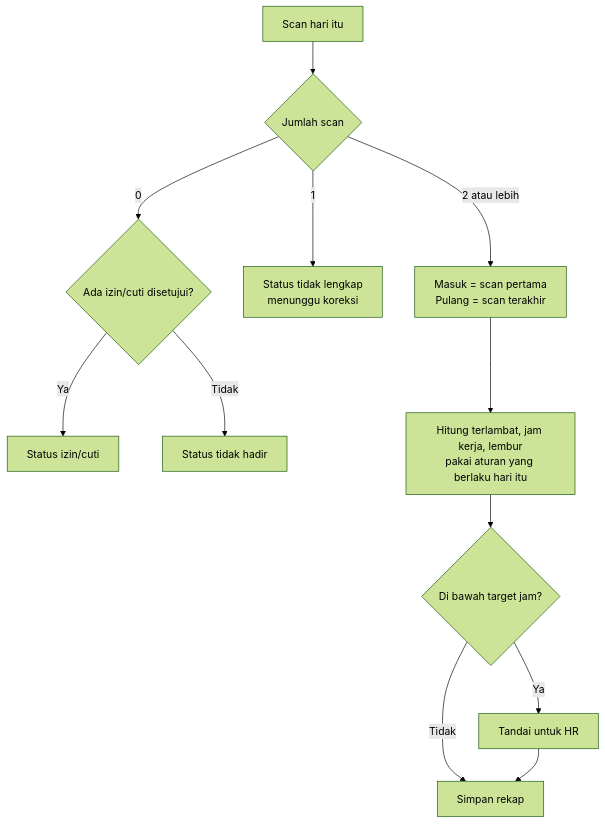
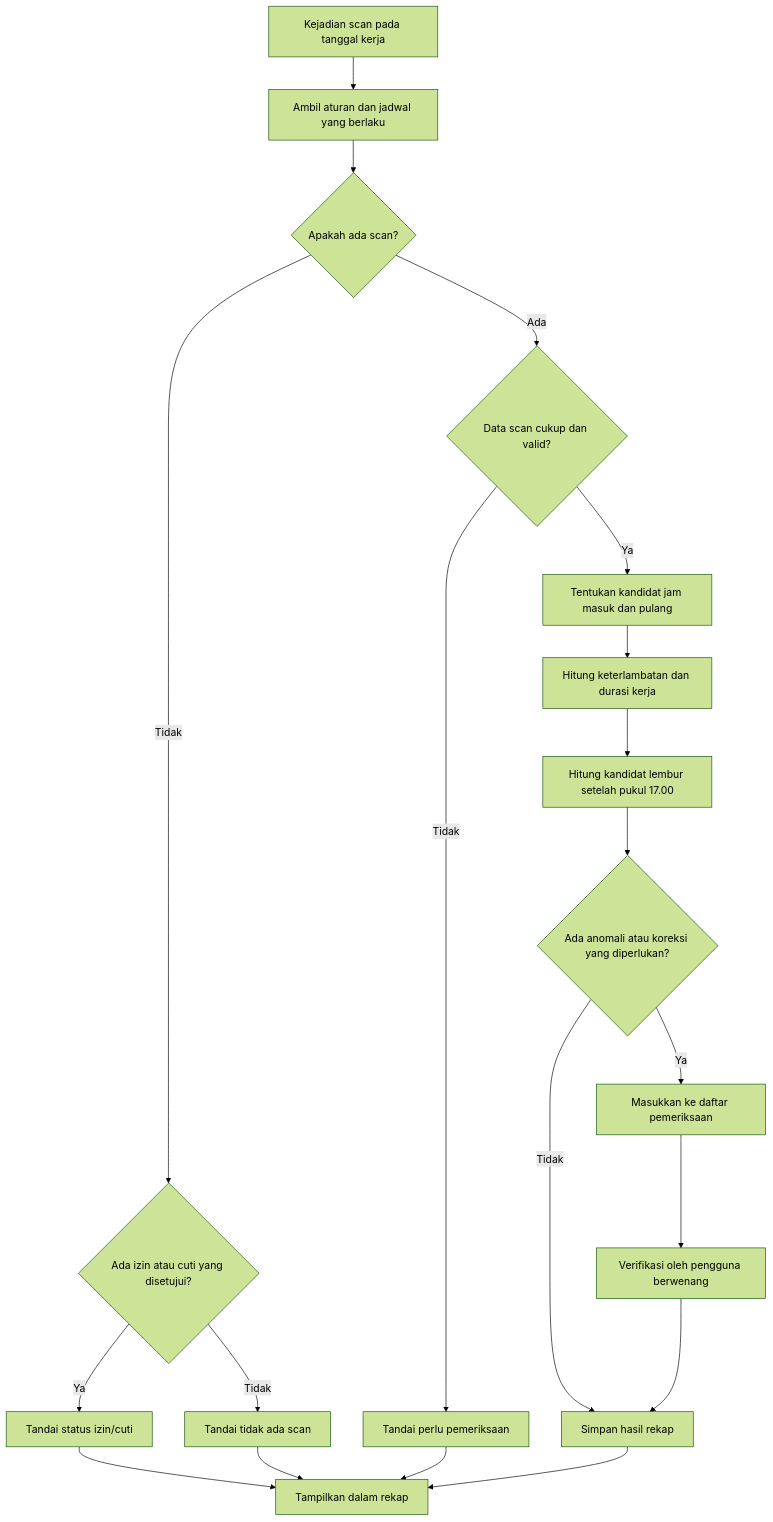
The fourth of 13 diagrams in docs/alur.md (nflFauzan/Biometric-Attendence-System), drawn with Mermaid (forest theme) before and after one commit. The commit also changed other lines of this file, not shown here.

````diff
--- a/docs/alur.md
+++ b/docs/alur.md
@@ -36,14 +145,22 @@
 ```mermaid
 flowchart TD
-  A[Scan hari itu] --> B{Jumlah scan}
-  B -- 0 --> C{Ada izin/cuti disetujui?}
-  C -- Ya --> C1[Status izin/cuti]
-  C -- Tidak --> C2[Status tidak hadir]
-  B -- 1 --> D[Status tidak lengkap<br/>menunggu koreksi]
-  B -- 2 atau lebih --> E[Masuk = scan pertama<br/>Pulang = scan terakhir]
-  E --> F[Hitung terlambat, jam kerja, lembur<br/>pakai aturan yang berlaku hari itu]
-  F --> G{Di bawah target jam?}
-  G -- Ya --> H[Tandai untuk HR]
-  G -- Tidak --> I[Simpan rekap]
-  H --> I
+    A["Kejadian scan pada tanggal kerja"] --> B["Ambil aturan dan jadwal yang berlaku"]
+    B --> C{"Apakah ada scan?"}
+    C -- "Tidak" --> D{"Ada izin atau cuti yang disetujui?"}
+    D -- "Ya" --> E["Tandai status izin/cuti"]
+    D -- "Tidak" --> F["Tandai tidak ada scan"]
+    C -- "Ada" --> G{"Data scan cukup dan valid?"}
+    G -- "Tidak" --> H["Tandai perlu pemeriksaan"]
+    G -- "Ya" --> I["Tentukan kandidat jam masuk dan pulang"]
+    I --> J["Hitung keterlambatan dan durasi kerja"]
+    J --> K["Hitung kandidat lembur setelah pukul 17.00"]
+    K --> L{"Ada anomali atau koreksi yang diperlukan?"}
+    L -- "Ya" --> M["Masukkan ke daftar pemeriksaan"]
+    L -- "Tidak" --> N["Simpan hasil rekap"]
+    M --> O["Verifikasi oleh pengguna berwenang"]
+    O --> N
+    E --> P["Tampilkan dalam rekap"]
+    F --> P
+    H --> P
+    N --> P
 ```
````
